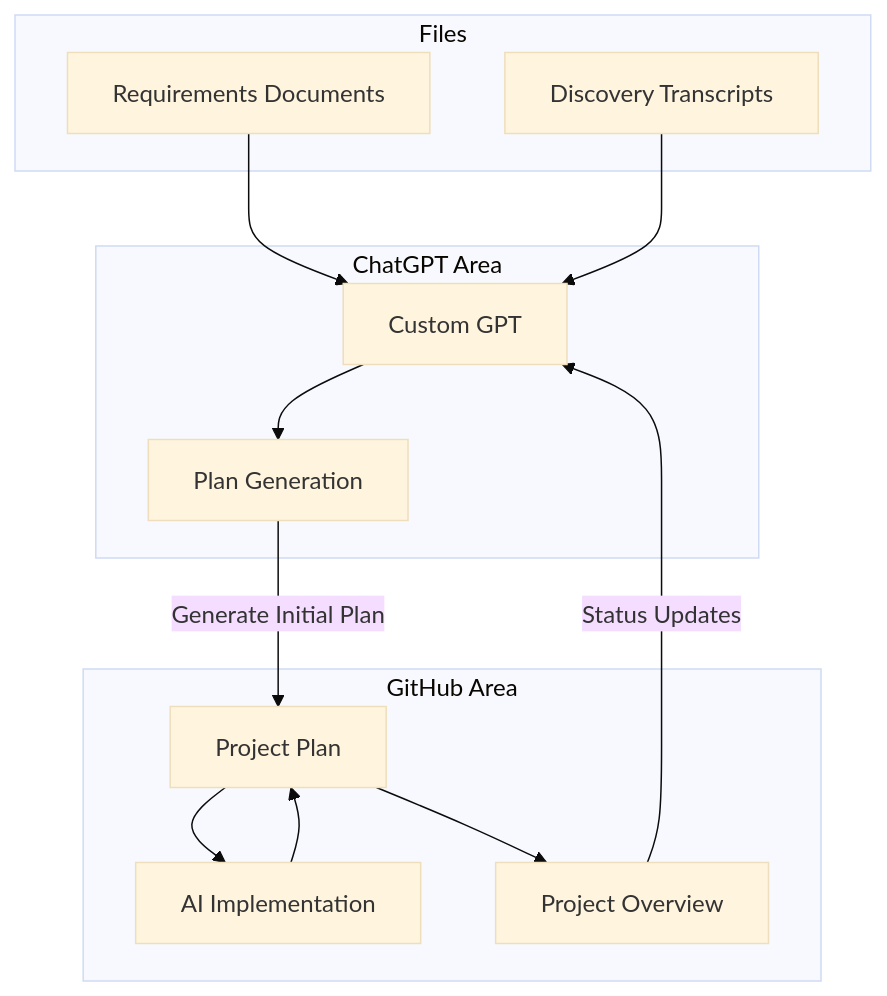
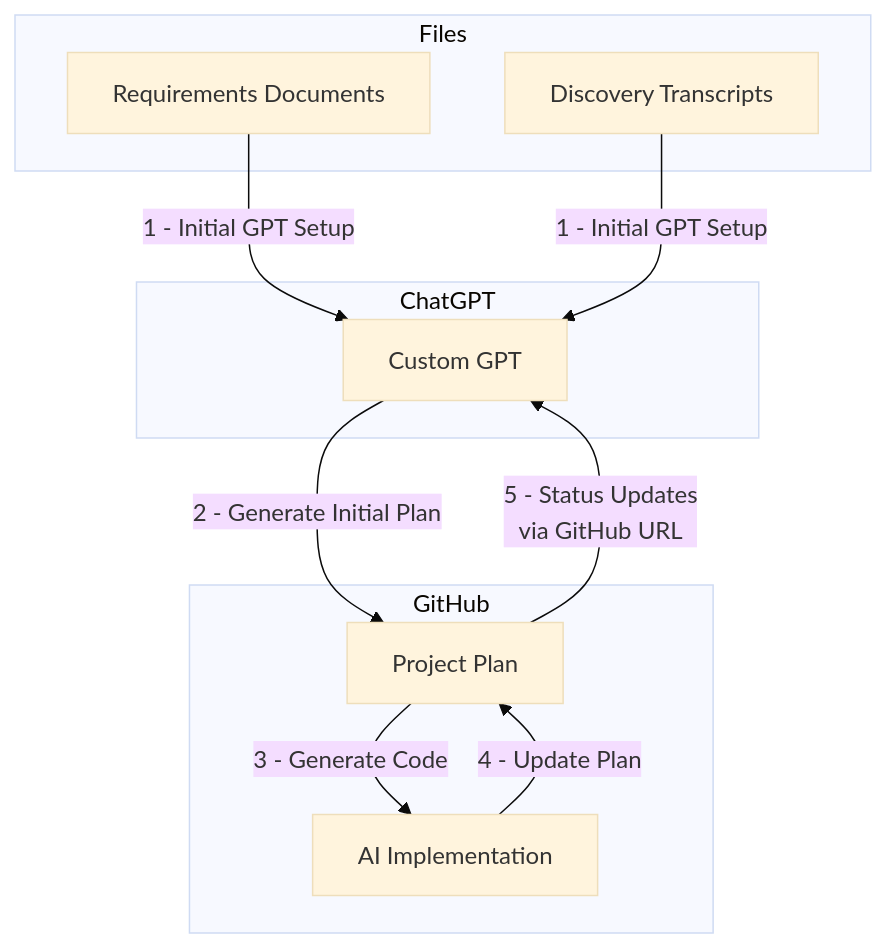
The diagram in README.md (vicesoftware/truck-scout-makerkit), drawn with Mermaid (base theme) before and after one commit. The commit also changed other lines of this file and 1 other file, not shown here.

Commit message:
docs: align process descriptions with diagram and enhance README styling

````diff
--- a/README.md
+++ b/README.md
@@ -19,29 +19,27 @@
 ```mermaid
 graph TD
     subgraph "Files"
         B[Requirements Documents]
         C[Discovery Transcripts]
     end
 
-    subgraph "ChatGPT Area"
+    subgraph "ChatGPT"
         A[Custom GPT]
-        D[Plan Generation]
         
-        B --> A
-        C --> A
-        A --> D
+        B -->|1 - Initial GPT Setup| A
+        C -->|1 - Initial GPT Setup| A
+
     end
 
-    subgraph "GitHub Area"
+    subgraph "GitHub"
         E[Project Plan]
         F[AI Implementation]
-        G[Project Overview]
         
-        E --> F
-        F --> E
-        E --> G
+        E -->|3 - Generate Code| F
+        F -->|4 - Update Plan| E
     end
 
-    D -->|Generate Initial Plan| E
-    G -->|Status Updates| A
+    A -->|2 - Generate Initial Plan| E
+    E -->|5 - Status Updates
+    via GitHub URL| A
 ```
````
